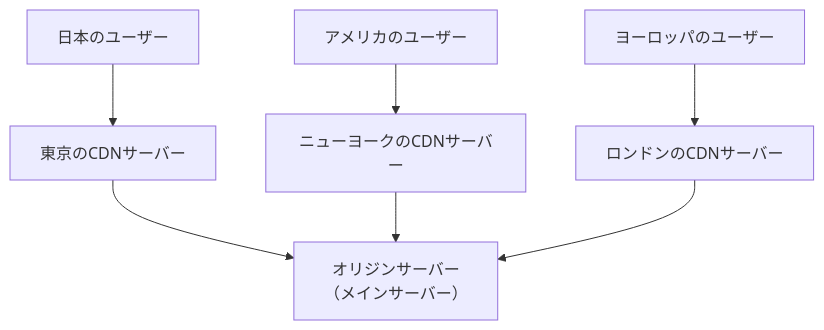
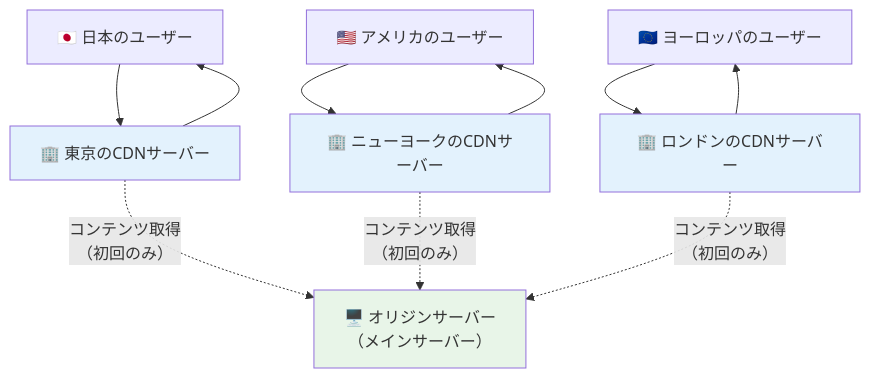
The seventh of 8 diagrams in docs/02_Web基礎理解/01_必須_インターネットとWebの世界.md (Monzi-takuya/web-fundamentals-for-non-engineers), drawn with Mermaid before and after one commit. The commit also changed other lines of this file, not shown here.

Commit message:
図の修正、構成変更

````diff
--- a/docs/02_Web基礎理解/01_必須_インターネットとWebの世界.md
+++ b/docs/02_Web基礎理解/01_必須_インターネットとWebの世界.md
@@ -812,10 +804,19 @@
 ```mermaid
 flowchart TD
-    A["日本のユーザー"] --> B["東京のCDNサーバー"]
-    C["アメリカのユーザー"] --> D["ニューヨークのCDNサーバー"]
-    E["ヨーロッパのユーザー"] --> F["ロンドンのCDNサーバー"]
+    A["🇯🇵 日本のユーザー"] --> B["🏢 東京のCDNサーバー"]
+    C["🇺🇸 アメリカのユーザー"] --> D["🏢 ニューヨークのCDNサーバー"]
+    E["🇪🇺 ヨーロッパのユーザー"] --> F["🏢 ロンドンのCDNサーバー"]
     
-    B --> G["オリジンサーバー<br/>（メインサーバー）"]
-    D --> G
-    F --> G
+    B -.->|コンテンツ取得<br/>（初回のみ）| G["🖥️ オリジンサーバー<br/>（メインサーバー）"]
+    D -.->|コンテンツ取得<br/>（初回のみ）| G
+    F -.->|コンテンツ取得<br/>（初回のみ）| G
+    
+    B --> A
+    D --> C
+    F --> E
+    
+    style G fill:#e8f5e8
+    style B fill:#e3f2fd
+    style D fill:#e3f2fd
+    style F fill:#e3f2fd
 ```
````
